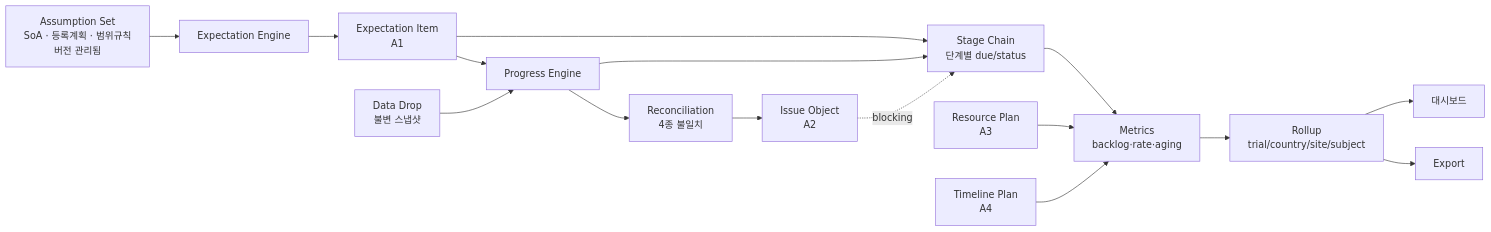
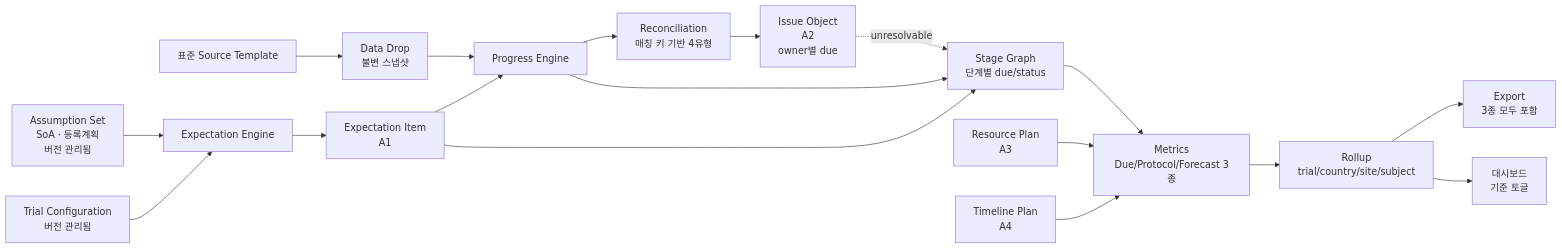
Before and after one commit to Dan5050-now/project1: the second of 2 diagrams in docs/concept/03-core-concept-model.md, drawn with Mermaid. The commit also changed other lines of this file and 14 other files, not shown here.

````diff
--- a/docs/concept/03-core-concept-model.md
+++ b/docs/concept/03-core-concept-model.md
@@ -318,18 +427,20 @@
 ```mermaid
 flowchart LR
-    AS[Assumption Set<br/>SoA · 등록계획 · 범위규칙<br/>버전 관리됨] --> EE[Expectation Engine]
+    TPL[표준 Source Template] --> DD[Data Drop<br/>불변 스냅샷]
+    CFG[Trial Configuration<br/>버전 관리됨] --> EE[Expectation Engine]
+    AS[Assumption Set<br/>SoA · 등록계획<br/>버전 관리됨] --> EE
     EE --> EI[Expectation Item<br/>A1]
-    EI --> SC[Stage Chain<br/>단계별 due/status]
-    DD[Data Drop<br/>불변 스냅샷] --> PE[Progress Engine]
+    EI --> SG[Stage Graph<br/>단계별 due/status]
+    DD --> PE[Progress Engine]
     EI --> PE
-    PE --> SC
-    PE --> RC[Reconciliation<br/>4종 불일치]
-    ISS[Issue Object<br/>A2] -.blocking.-> SC
+    PE --> SG
+    PE --> RC[Reconciliation<br/>매칭 키 기반 4유형]
+    ISS[Issue Object<br/>A2<br/>owner별 due] -.unresolvable.-> SG
     RC --> ISS
-    SC --> MET[Metrics<br/>backlog·rate·aging]
+    SG --> MET[Metrics<br/>Due/Protocol/Forecast 3종]
     MET --> RU[Rollup<br/>trial/country/site/subject]
     RP[Resource Plan<br/>A3] --> MET
     TP[Timeline Plan<br/>A4] --> MET
-    RU --> UI[대시보드]
-    RU --> EX[Export]
+    RU --> UI[대시보드<br/>기준 토글]
+    RU --> EX[Export<br/>3종 모두 포함]
 ```
````
